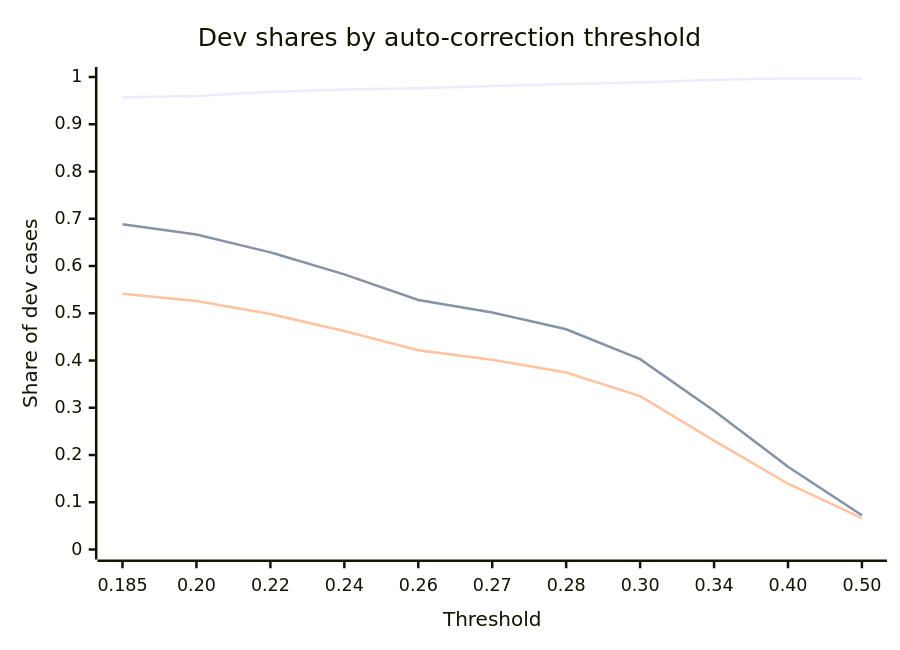
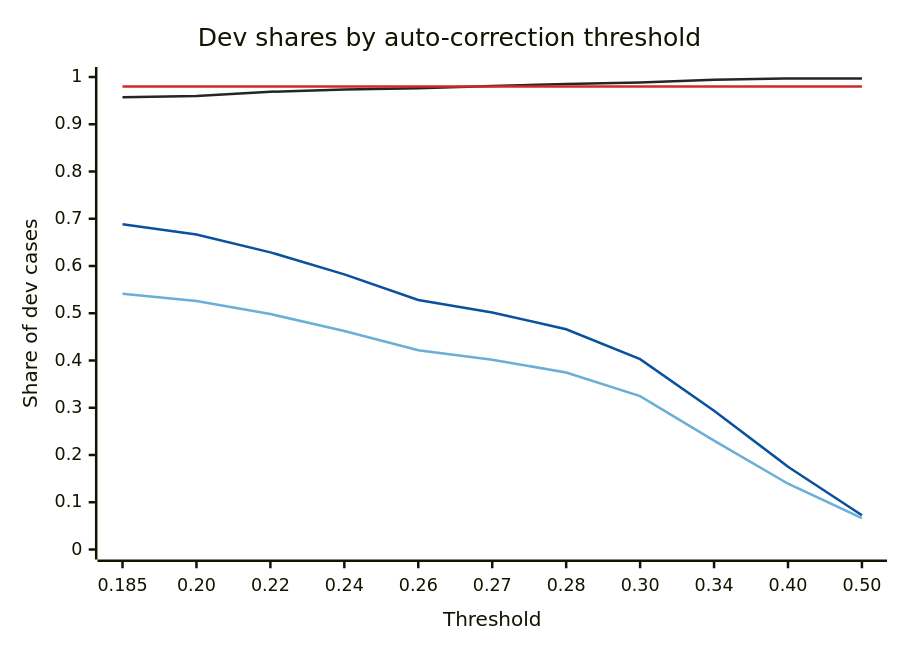
Before and after one commit to YilongJu/iphone-duo-keyboard: the third of 3 diagrams in scripts/typing-evaluation/engines/latinime/README.md, drawn with Mermaid. The commit also changed other lines of this file, not shown here.

````diff
--- a/scripts/typing-evaluation/engines/latinime/README.md
+++ b/scripts/typing-evaluation/engines/latinime/README.md
@@ -136,9 +136,11 @@
 ```mermaid
+%%{init: {"themeVariables": {"xyChart": {"plotColorPalette": "#252525, #08519c, #6baed6, #d62728"}}}}%%
 xychart-beta
     title "Dev shares by auto-correction threshold"
     x-axis "Threshold" ["0.185", "0.20", "0.22", "0.24", "0.26", "0.27", "0.28", "0.30", "0.34", "0.40", "0.50"]
     y-axis "Share of dev cases" 0 --> 1
     line [0.9569, 0.9599, 0.9688, 0.9733, 0.9762, 0.9807, 0.9851, 0.9881, 0.9941, 0.9970, 0.9970]
     line [0.6883, 0.6667, 0.6289, 0.5822, 0.5281, 0.5017, 0.4661, 0.4028, 0.2936, 0.1753, 0.0725]
     line [0.5414, 0.5261, 0.4983, 0.4625, 0.4217, 0.4017, 0.3747, 0.3247, 0.2303, 0.1392, 0.0664]
+    line [0.98, 0.98, 0.98, 0.98, 0.98, 0.98, 0.98, 0.98, 0.98, 0.98, 0.98]
 ```
````
